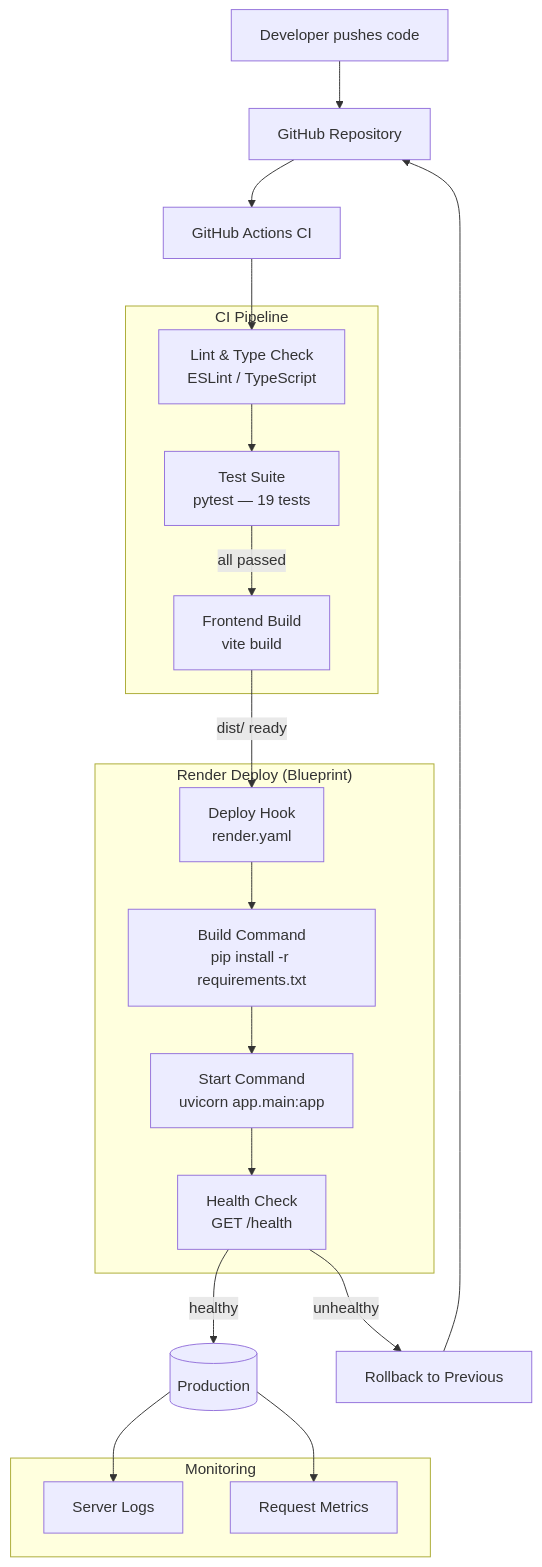
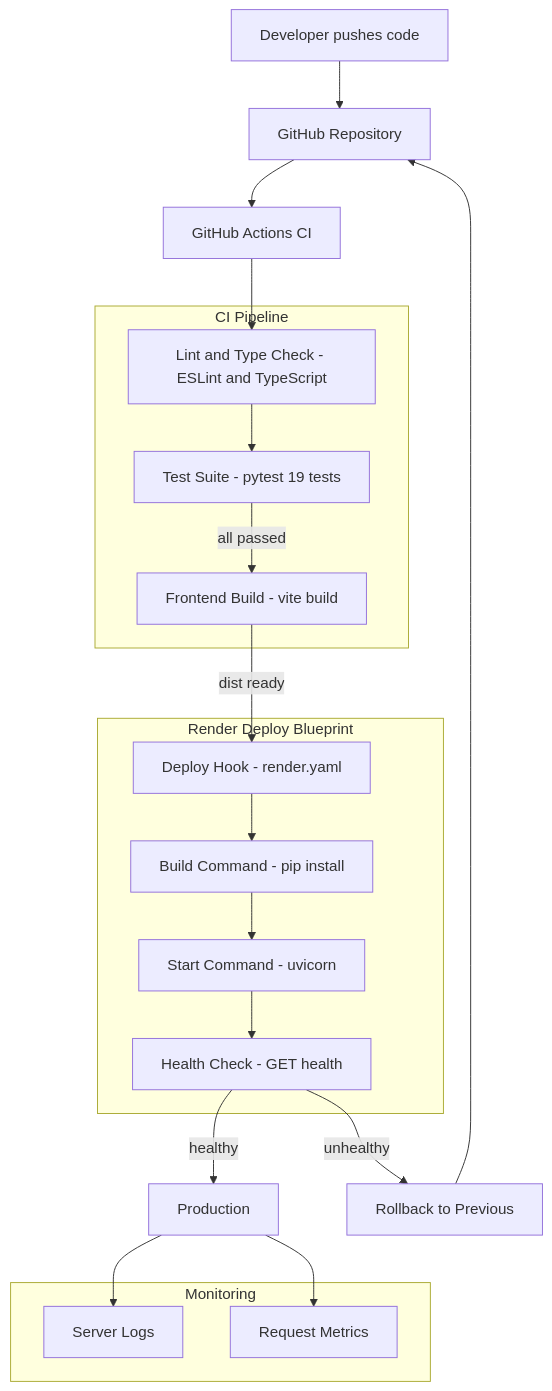
Before and after one commit to SairajMN/NeuroWeave: the fourth of 5 diagrams in README.md, drawn with Mermaid. The commit also changed other lines of this file, not shown here.

````diff
--- a/README.md
+++ b/README.md
@@ -910,38 +932,38 @@
 ```mermaid
 flowchart TD
     DEV[Developer pushes code] --> GIT[GitHub Repository]
     GIT --> CI[GitHub Actions CI]
 
     subgraph "CI Pipeline"
-        LINT[Lint & Type Check<br/>ESLint / TypeScript]
-        TEST[Test Suite<br/>pytest — 19 tests]
-        VITE[Frontend Build<br/>vite build]
+        LINT[Lint and Type Check - ESLint and TypeScript]
+        TEST[Test Suite - pytest 19 tests]
+        VITE[Frontend Build - vite build]
     end
 
     CI --> LINT
     LINT --> TEST
     TEST -->|all passed| VITE
-    VITE -->|dist/ ready| DEPLOY
+    VITE -->|dist ready| DEPLOY
 
-    subgraph "Render Deploy (Blueprint)"
-        DEPLOY[Deploy Hook<br/>render.yaml]
-        BUILD[Build Command<br/>pip install -r requirements.txt]
-        START[Start Command<br/>uvicorn app.main:app]
-        HEALTH[Health Check<br/>GET /health]
+    subgraph "Render Deploy Blueprint"
+        DEPLOY[Deploy Hook - render.yaml]
+        BUILD[Build Command - pip install]
+        START[Start Command - uvicorn]
+        HEALTH[Health Check - GET health]
     end
 
     DEPLOY --> BUILD
     BUILD --> START
     START --> HEALTH
-    HEALTH -->|healthy| LIVE[(Production)]
+    HEALTH -->|healthy| LIVE[Production]
     HEALTH -->|unhealthy| ROLLBACK[Rollback to Previous]
     ROLLBACK --> GIT
 
     subgraph "Monitoring"
         LOGS[Server Logs]
         METRICS[Request Metrics]
     end
 
     LIVE --> LOGS
     LIVE --> METRICS
 ```
````
